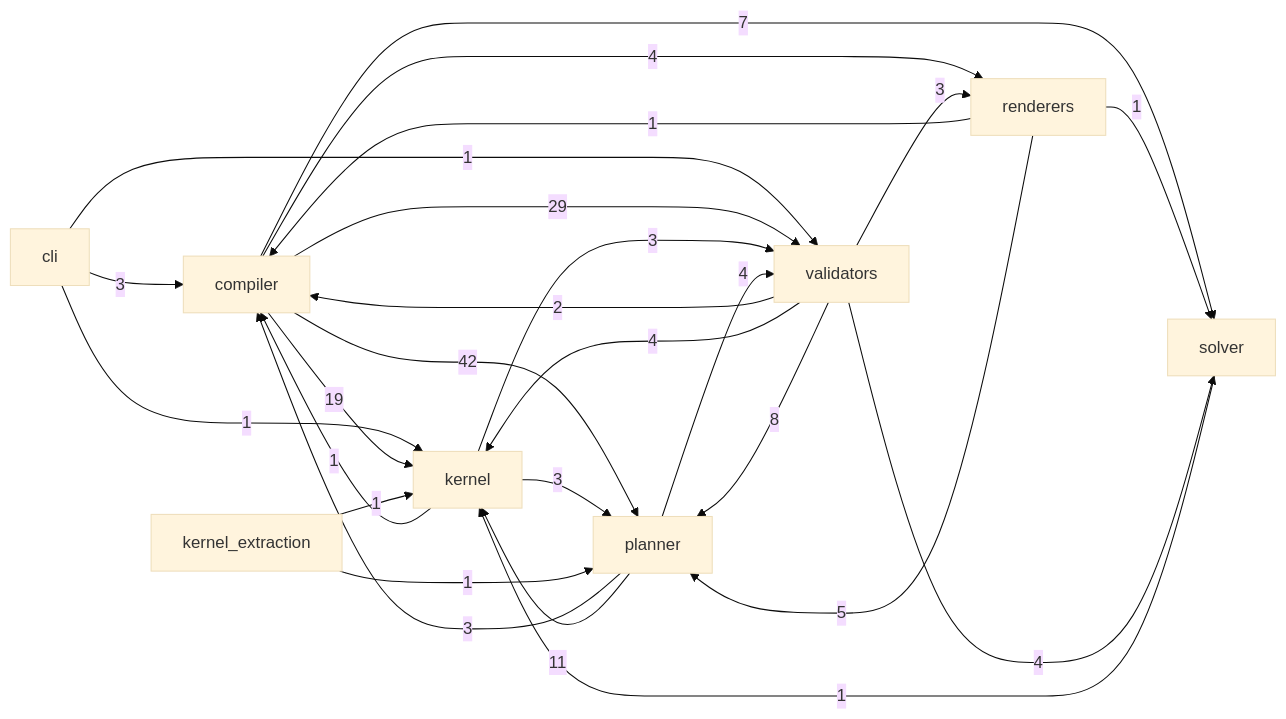
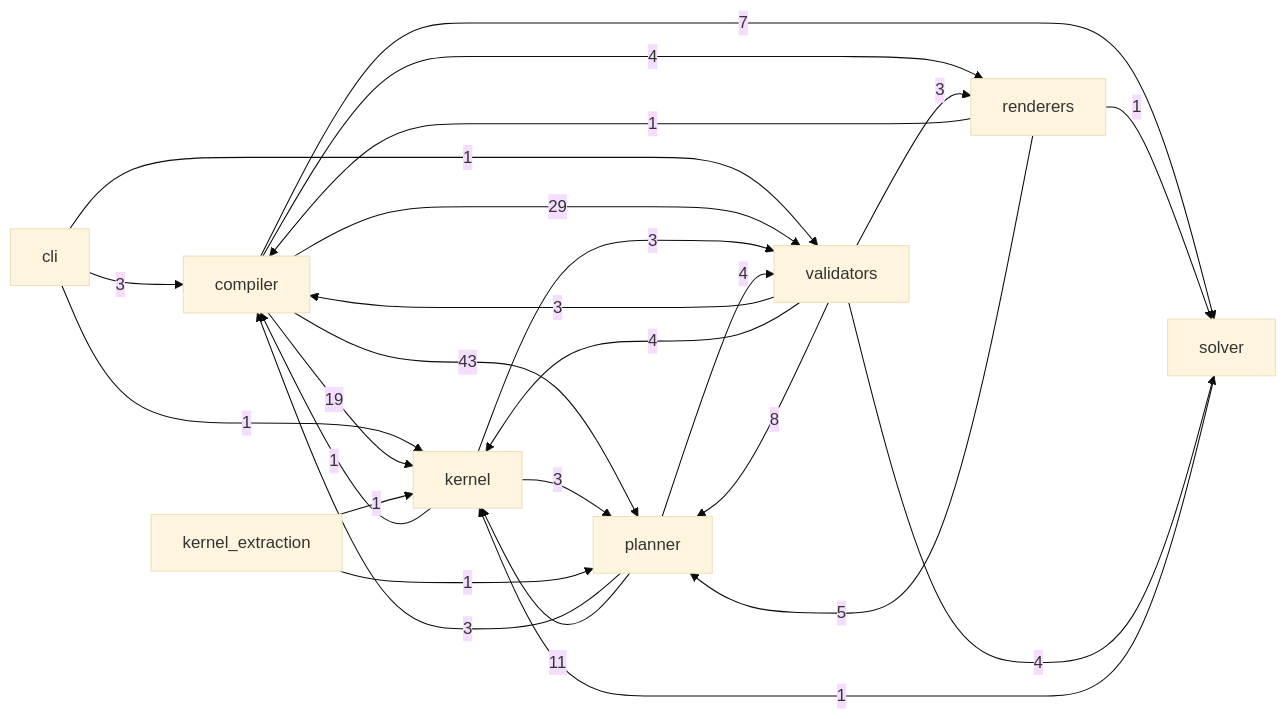
Before and after one commit to Kingsley-Cyber/cinematic-compiler-core: the diagram in docs/reference/code.md, drawn with Mermaid (base theme). The commit also changed other lines of this file and 38 other files, not shown here.

````diff
--- a/docs/reference/code.md
+++ b/docs/reference/code.md
@@ -15,28 +15,28 @@
 ```mermaid
 flowchart LR
   cli -->|3| compiler
   cli -->|1| kernel
   cli -->|1| validators
   compiler -->|19| kernel
-  compiler -->|42| planner
+  compiler -->|43| planner
   compiler -->|4| renderers
   compiler -->|7| solver
   compiler -->|29| validators
   kernel -->|1| compiler
   kernel -->|3| planner
   kernel -->|3| validators
   kernel_extraction -->|1| kernel
   kernel_extraction -->|1| planner
   planner -->|3| compiler
   planner -->|11| kernel
   planner -->|4| validators
   renderers -->|1| compiler
   renderers -->|5| planner
   renderers -->|1| solver
   solver -->|1| kernel
-  validators -->|2| compiler
+  validators -->|3| compiler
   validators -->|4| kernel
   validators -->|8| planner
   validators -->|3| renderers
   validators -->|4| solver
 ```
````
